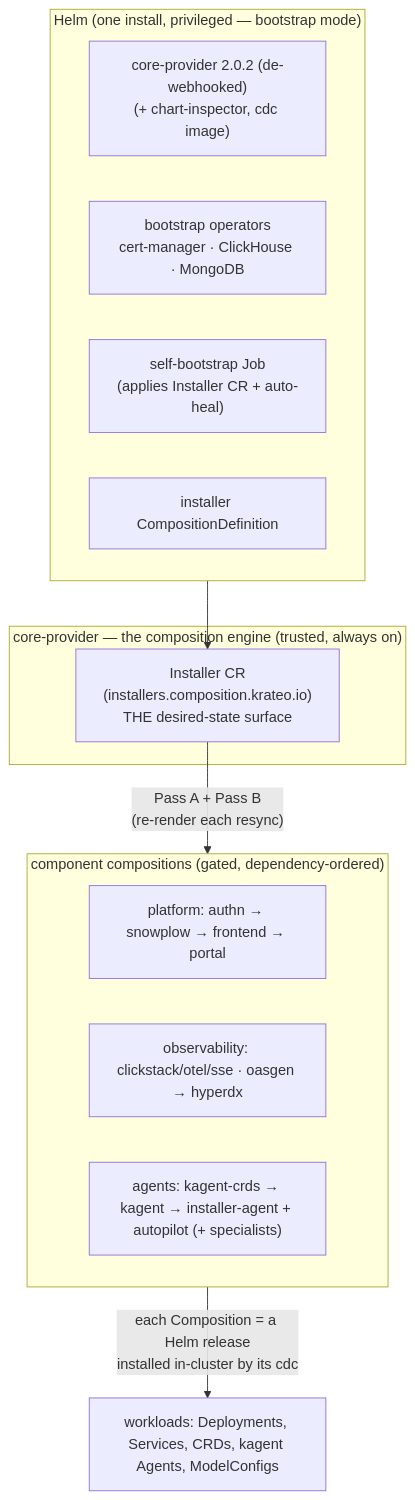
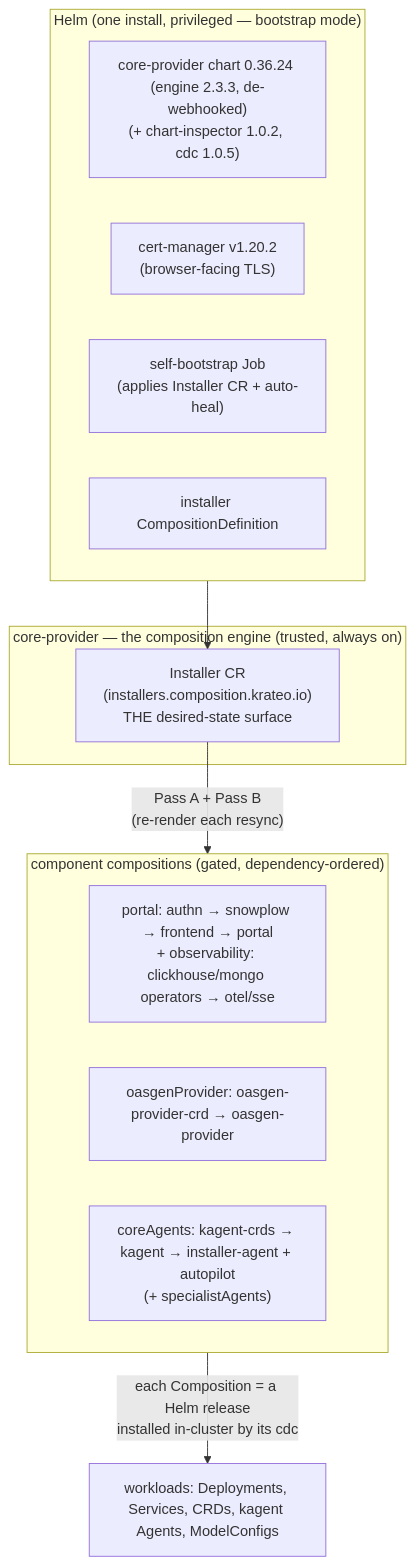
The first of 8 diagrams in ARCHITECTURE.md (braghettos/installer), drawn with Mermaid before and after one commit. The commit also changed other lines of this file and 11 other files, not shown here.

````diff
--- a/ARCHITECTURE.md
+++ b/ARCHITECTURE.md
@@ -19,22 +20,22 @@
 ```mermaid
 flowchart TB
     subgraph helm["Helm (one install, privileged — bootstrap mode)"]
-        cp["core-provider 2.0.2 (de-webhooked)<br/>(+ chart-inspector, cdc image)"]
-        ops["bootstrap operators<br/>cert-manager · ClickHouse · MongoDB"]
+        cp["core-provider chart 0.36.24 (engine 2.3.3, de-webhooked)<br/>(+ chart-inspector 1.0.2, cdc 1.0.5)"]
+        cm["cert-manager v1.20.2<br/>(browser-facing TLS)"]
         sb["self-bootstrap Job<br/>(applies Installer CR + auto-heal)"]
         icd["installer CompositionDefinition"]
     end
     subgraph engine["core-provider — the composition engine (trusted, always on)"]
         cr["Installer CR<br/>(installers.composition.krateo.io)<br/>THE desired-state surface"]
     end
     subgraph comps["component compositions (gated, dependency-ordered)"]
-        plat["platform: authn → snowplow → frontend → portal"]
-        obs["observability: clickstack/otel/sse · oasgen → hyperdx"]
-        agents["agents: kagent-crds → kagent → installer-agent + autopilot (+ specialists)"]
+        plat["portal: authn → snowplow → frontend → portal<br/>+ observability: clickhouse/mongo operators → otel/sse"]
+        oas["oasgenProvider: oasgen-provider-crd → oasgen-provider"]
+        agents["coreAgents: kagent-crds → kagent → installer-agent + autopilot<br/>(+ specialistAgents)"]
     end
     work["workloads: Deployments, Services, CRDs, kagent Agents, ModelConfigs"]
 
     helm --> cr
     cr -->|"Pass A + Pass B<br/>(re-render each resync)"| comps
     comps -->|"each Composition = a Helm release<br/>installed in-cluster by its cdc"| work
 ```
````
